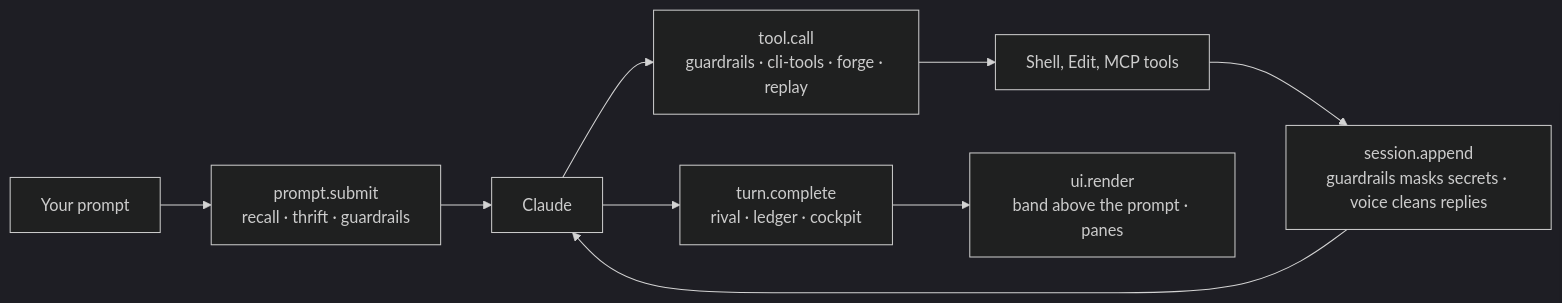
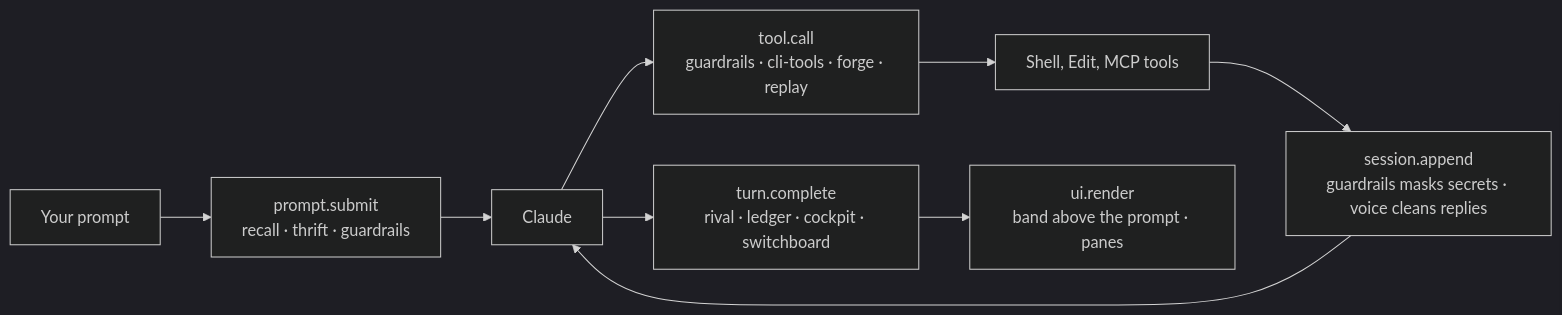
One commit to Egoushka/claude-mods changed the diagram in README.md. Above: the diagram before and after it, drawn with Mermaid (dark theme). The commit also changed other lines of this file and 9 other files, not shown here.

````diff
--- a/README.md
+++ b/README.md
@@ -16,11 +16,11 @@
 ```mermaid
 flowchart LR
   you[Your prompt] --> ps[prompt.submit<br/>recall · thrift · guardrails]
   ps --> model[Claude]
   model --> tc[tool.call<br/>guardrails · cli-tools · forge · replay]
   tc --> tool[Shell, Edit, MCP tools]
   tool --> sa[session.append<br/>guardrails masks secrets · voice cleans replies]
   sa --> model
-  model --> tcomp[turn.complete<br/>rival · ledger · cockpit]
+  model --> tcomp[turn.complete<br/>rival · ledger · cockpit · switchboard]
   tcomp --> ui[ui.render<br/>band above the prompt · panes]
 ```
````
